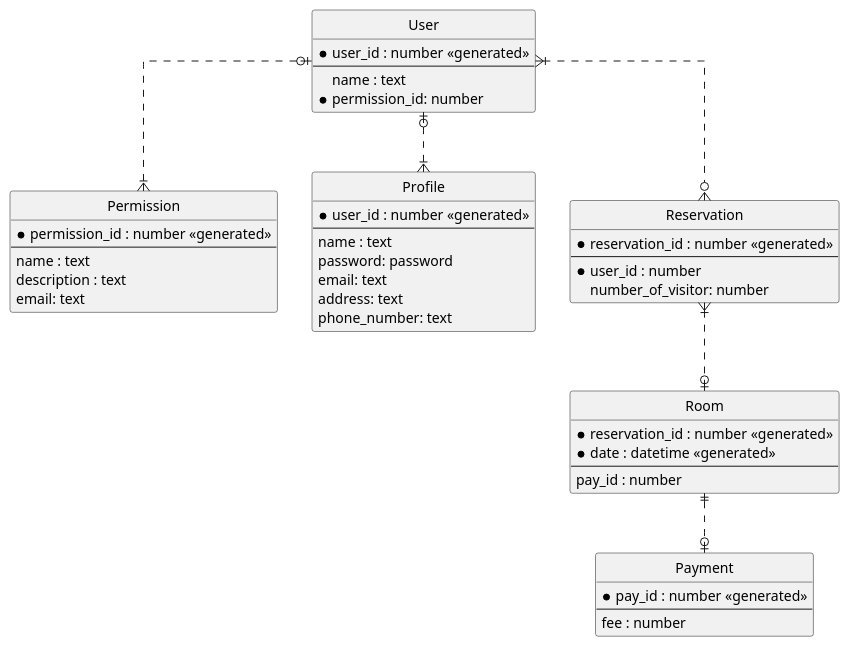
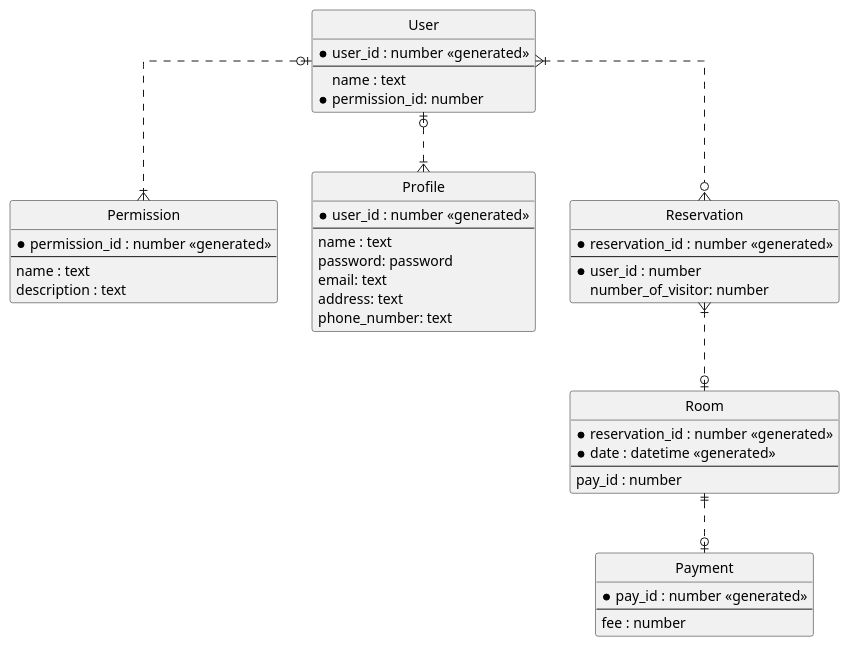
The diagram in doc/schema.md (Taurin190/kotlin-minpaku), drawn with PlantUML before and after one commit.

Commit message:
modify schema.md to remove email from permission table

````diff
--- a/doc/schema.md
+++ b/doc/schema.md
@@ -1,60 +1,59 @@
 ```plantuml
 ' hide the spot
 hide circle
 
 ' avoid problems with angled crows feet
 skinparam linetype ortho
 
 entity "User" as user {
   *user_id : number <<generated>>
   --
   name : text
   *permission_id: number
 }
 
 entity "Permission" as per {
   *permission_id : number <<generated>>
   --
   name : text
   description : text
-  email: text
 }
 
 entity "Profile" as pro {
   *user_id : number <<generated>>
   --
   name : text
   password: password
   email: text
   address: text
   phone_number: text
 }
 
 user |o..|{ per
 user |o..|{ pro
 
 entity "Reservation" as res {
   *reservation_id : number <<generated>>
   --
   *user_id : number
   number_of_visitor: number
 }
 
 entity "Room" as room {
   *reservation_id : number <<generated>>
   *date : datetime <<generated>>
   --
   pay_id : number
 }
 
 entity "Payment" as pay {
   *pay_id : number <<generated>>
   --
   fee : number
 }
 
 
 user }|..o{ res
 res }|..o| room
 room ||..o| pay
 ```
````
